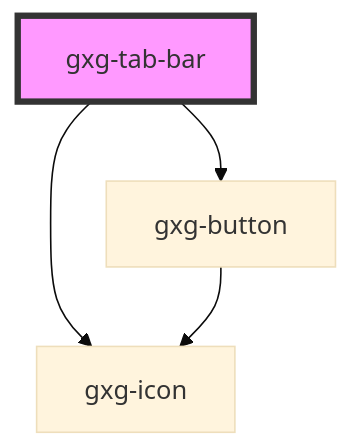
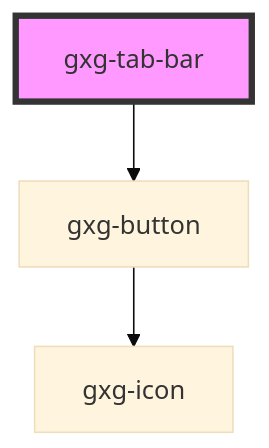
Before and after one commit to genexuslabs/gemini: the diagram in src/components/tab-bar/readme.md, drawn with Mermaid (base theme). The commit also changed other lines of this file and 38 other files, not shown here.

````diff
--- a/src/components/tab-bar/readme.md
+++ b/src/components/tab-bar/readme.md
@@ -14,7 +13,6 @@
 ```mermaid
 graph TD;
   gxg-tab-bar --> gxg-button
-  gxg-tab-bar --> gxg-icon
   gxg-button --> gxg-icon
   style gxg-tab-bar fill:#f9f,stroke:#333,stroke-width:4px
 ```
````
